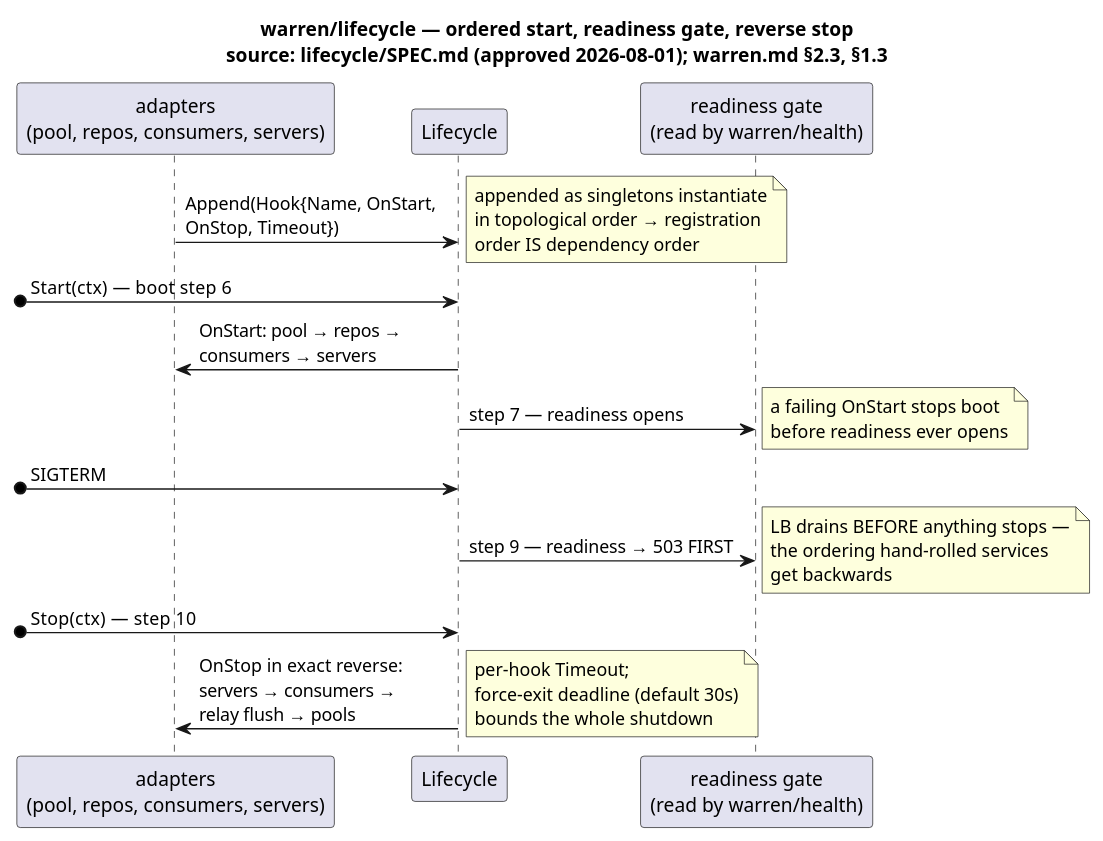
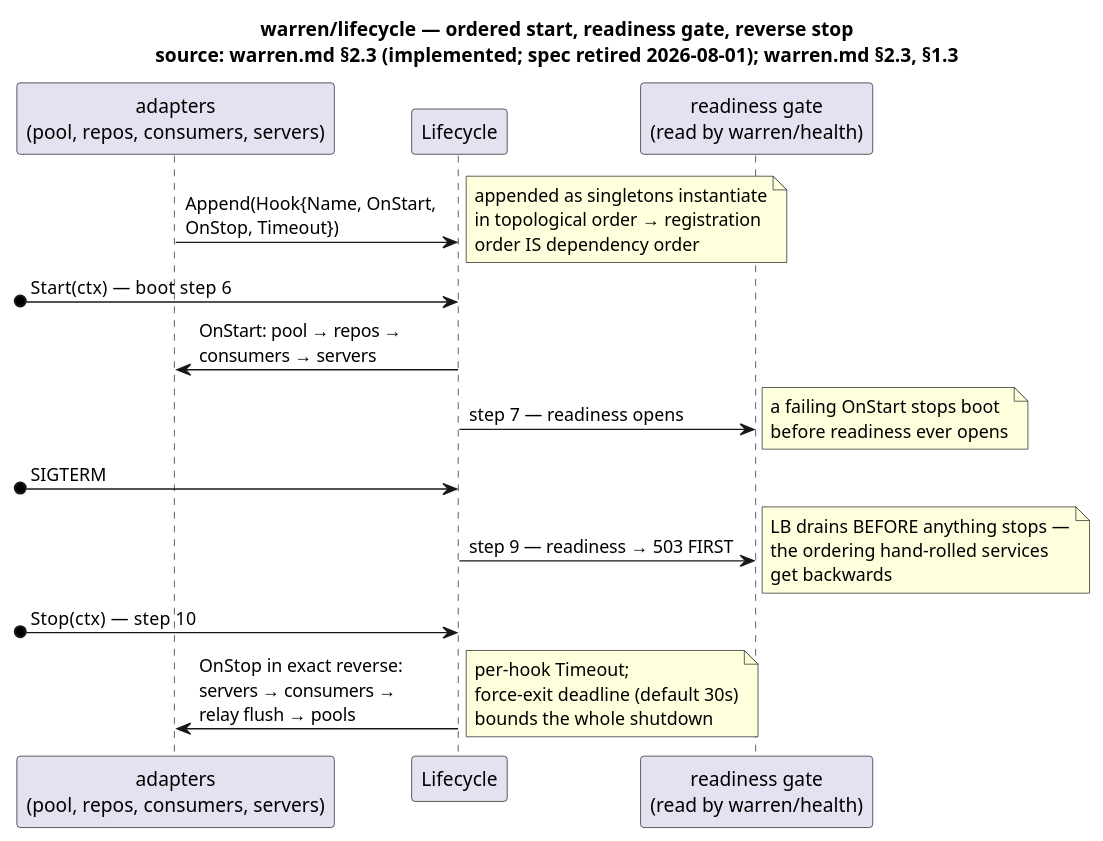
Before and after one commit to MerseniBilel/warren: the diagram in docs/assets/lifecycle-usage.puml, drawn with PlantUML. The commit also changed 29 other files, not shown here.

```diff
--- a/docs/assets/lifecycle-usage.puml
+++ b/docs/assets/lifecycle-usage.puml
@@ -1,22 +1,22 @@
 @startuml lifecycle-usage
-title warren/lifecycle — ordered start, readiness gate, reverse stop\nsource: lifecycle/SPEC.md (approved 2026-08-01); warren.md §2.3, §1.3
+title warren/lifecycle — ordered start, readiness gate, reverse stop\nsource: warren.md §2.3 (implemented; spec retired 2026-08-01); warren.md §2.3, §1.3
 
 participant "adapters\n(pool, repos, consumers, servers)" as adapters
 participant "Lifecycle" as lc
 participant "readiness gate\n(read by warren/health)" as gate
 
 adapters -> lc : Append(Hook{Name, OnStart,\nOnStop, Timeout})
 note right : appended as singletons instantiate\nin topological order → registration\norder IS dependency order
 
 [o-> lc : Start(ctx)  — boot step 6
 lc -> adapters : OnStart: pool → repos →\nconsumers → servers
 lc -> gate : step 7 — readiness opens
 note right : a failing OnStart stops boot\nbefore readiness ever opens
 
 [o-> lc : SIGTERM
 lc -> gate : step 9 — readiness → 503 FIRST
 note right : LB drains BEFORE anything stops —\nthe ordering hand-rolled services\nget backwards
 [o-> lc : Stop(ctx)  — step 10
 lc -> adapters : OnStop in exact reverse:\nservers → consumers →\nrelay flush → pools
 note right : per-hook Timeout;\nforce-exit deadline (default 30s)\nbounds the whole shutdown
 @enduml
```
